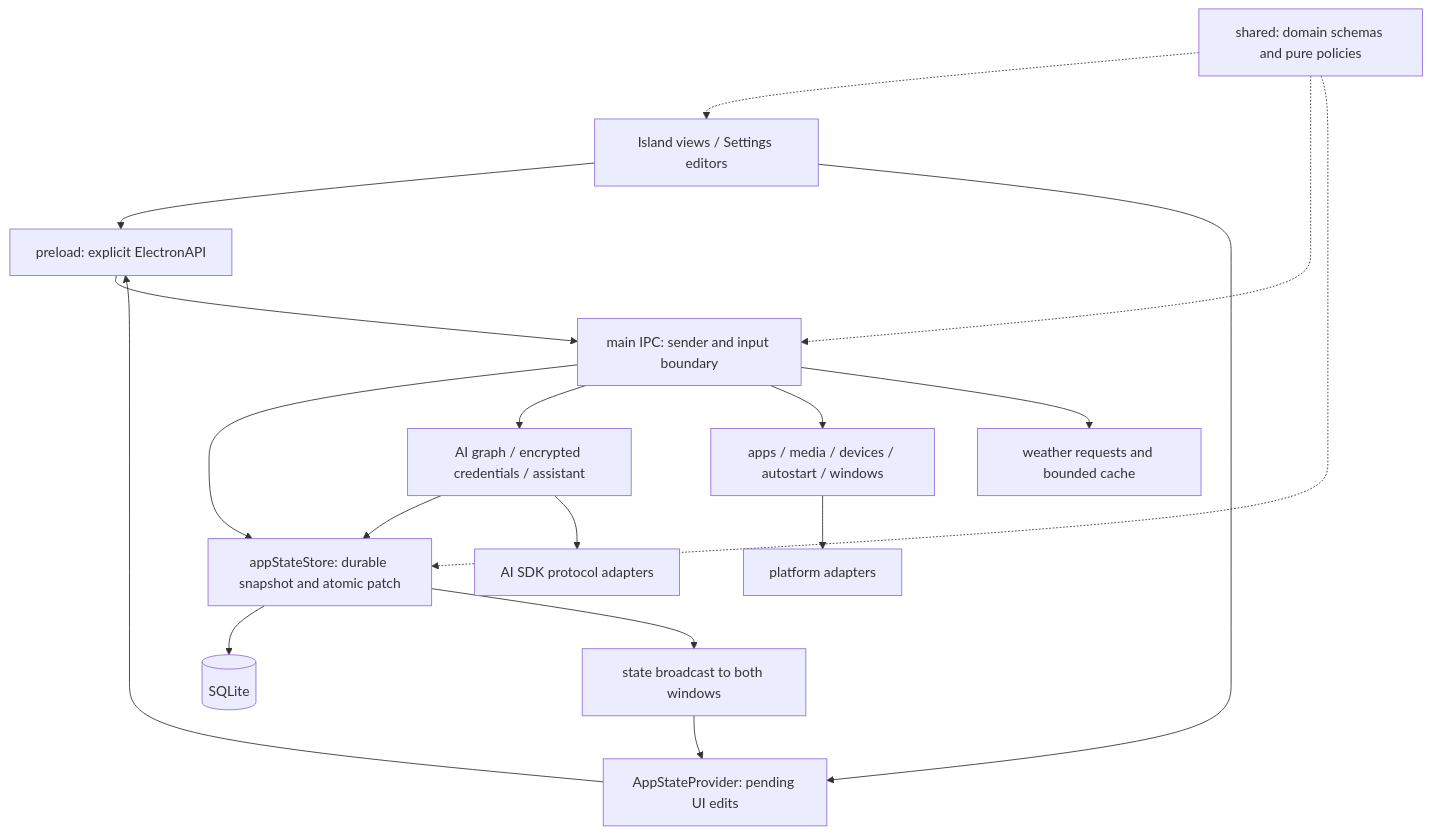
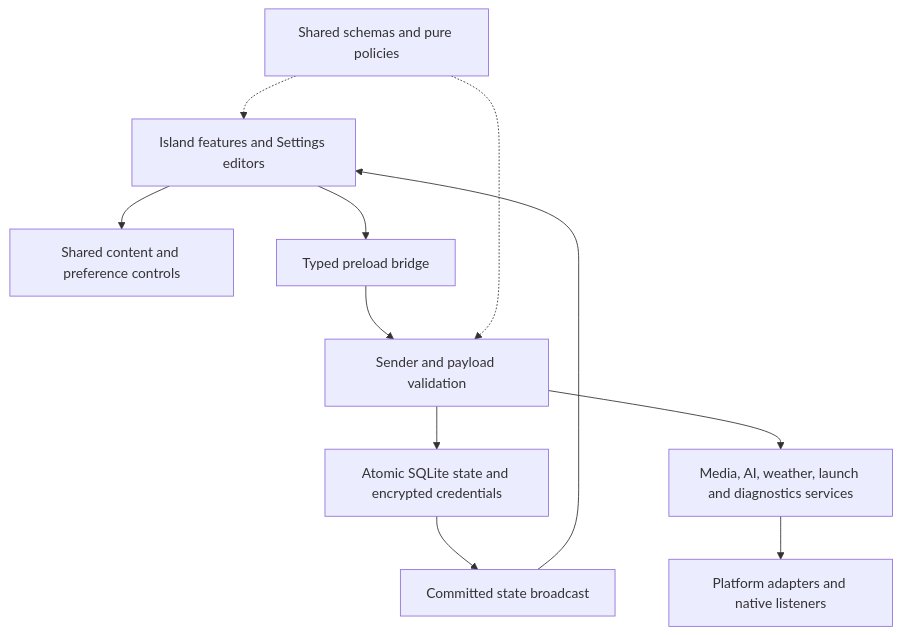
Before and after one commit to ArsvineZhu/Ripple-Next: the diagram in docs/architecture.md, drawn with Mermaid. The commit also changed other lines of this file and 233 other files, not shown here.

````diff
--- a/docs/architecture.md
+++ b/docs/architecture.md
@@ -34,20 +27,13 @@
 ```mermaid
 flowchart TD
-  UI[Island views / Settings editors] --> Bridge[preload: explicit ElectronAPI]
-  UI --> ViewState[AppStateProvider: pending UI edits]
-  ViewState --> Bridge
-  Bridge --> IPC[main IPC: sender and input boundary]
-  IPC --> State[appStateStore: durable snapshot and atomic patch]
-  IPC --> AI[AI graph / encrypted credentials / assistant]
-  IPC --> OS[apps / media / devices / autostart / windows]
-  IPC --> Weather[weather requests and bounded cache]
-  AI --> State
-  AI --> Provider[AI SDK protocol adapters]
-  OS --> Native[platform adapters]
-  State --> SQLite[(SQLite)]
-  State --> Broadcast[state broadcast to both windows]
-  Broadcast --> ViewState
-  Shared[shared: domain schemas and pure policies] -.-> UI
+  Views[Island features and Settings editors] --> Controls[Shared content and preference controls]
+  Views --> Bridge[Typed preload bridge]
+  Bridge --> IPC[Sender and payload validation]
+  IPC --> Store[Atomic SQLite state and encrypted credentials]
+  IPC --> Services[Media, AI, weather, launch and diagnostics services]
+  Services --> Adapters[Platform adapters and native listeners]
+  Store --> Broadcast[Committed state broadcast]
+  Broadcast --> Views
+  Shared[Shared schemas and pure policies] -.-> Views
   Shared -.-> IPC
-  Shared -.-> State
 ```
````
